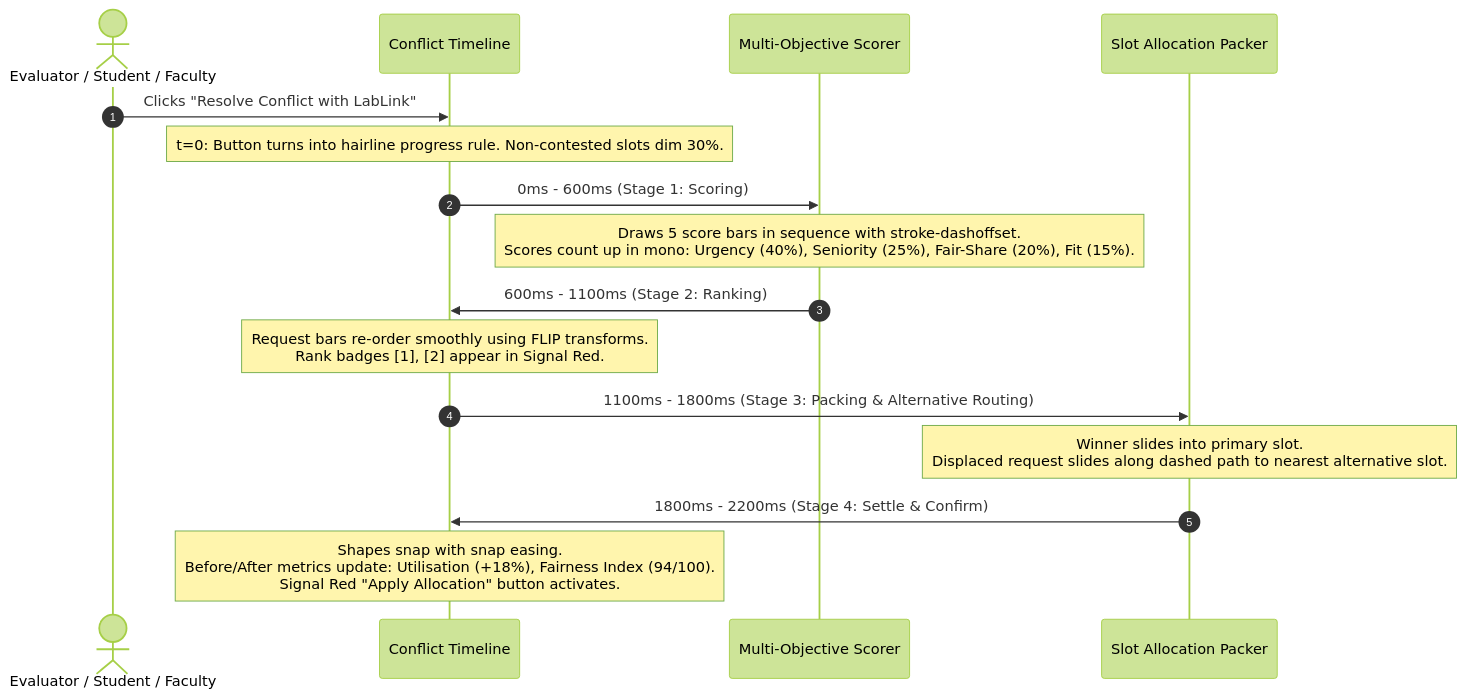
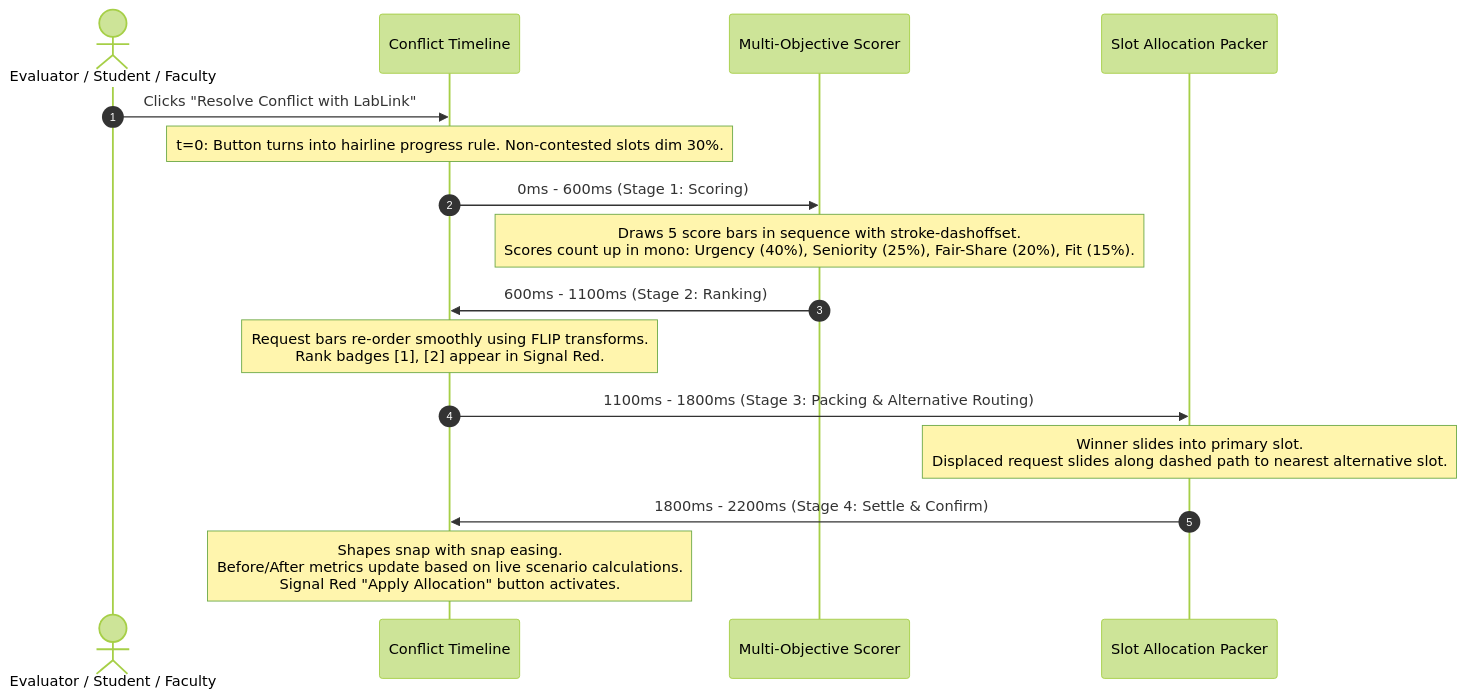
One commit to sharancode3/PROMPTWARS changed the third of 4 diagrams in docs/UI_UX.md. Above: the diagram before and after it, drawn with Mermaid (forest theme). The commit also changed 16 other files, not shown here.

````diff
--- a/docs/UI_UX.md
+++ b/docs/UI_UX.md
@@ -141,23 +141,23 @@
 ```mermaid
 sequenceDiagram
     autonumber
     actor User as Evaluator / Student / Faculty
     participant UI as Conflict Timeline
     participant Scorer as Multi-Objective Scorer
     participant Packer as Slot Allocation Packer
 
     User->>UI: Clicks "Resolve Conflict with LabLink"
     Note over UI: t=0: Button turns into hairline progress rule. Non-contested slots dim 30%.
     
     UI->>Scorer: 0ms - 600ms (Stage 1: Scoring)
     Note over Scorer: Draws 5 score bars in sequence with stroke-dashoffset.<br>Scores count up in mono: Urgency (40%), Seniority (25%), Fair-Share (20%), Fit (15%).
     
     Scorer->>UI: 600ms - 1100ms (Stage 2: Ranking)
     Note over UI: Request bars re-order smoothly using FLIP transforms.<br>Rank badges [1], [2] appear in Signal Red.
     
     UI->>Packer: 1100ms - 1800ms (Stage 3: Packing & Alternative Routing)
     Note over Packer: Winner slides into primary slot.<br>Displaced request slides along dashed path to nearest alternative slot.
     
     Packer->>UI: 1800ms - 2200ms (Stage 4: Settle & Confirm)
-    Note over UI: Shapes snap with snap easing.<br>Before/After metrics update: Utilisation (+18%), Fairness Index (94/100).<br>Signal Red "Apply Allocation" button activates.
+    Note over UI: Shapes snap with snap easing.<br>Before/After metrics update based on live scenario calculations.<br>Signal Red "Apply Allocation" button activates.
 ```
````
